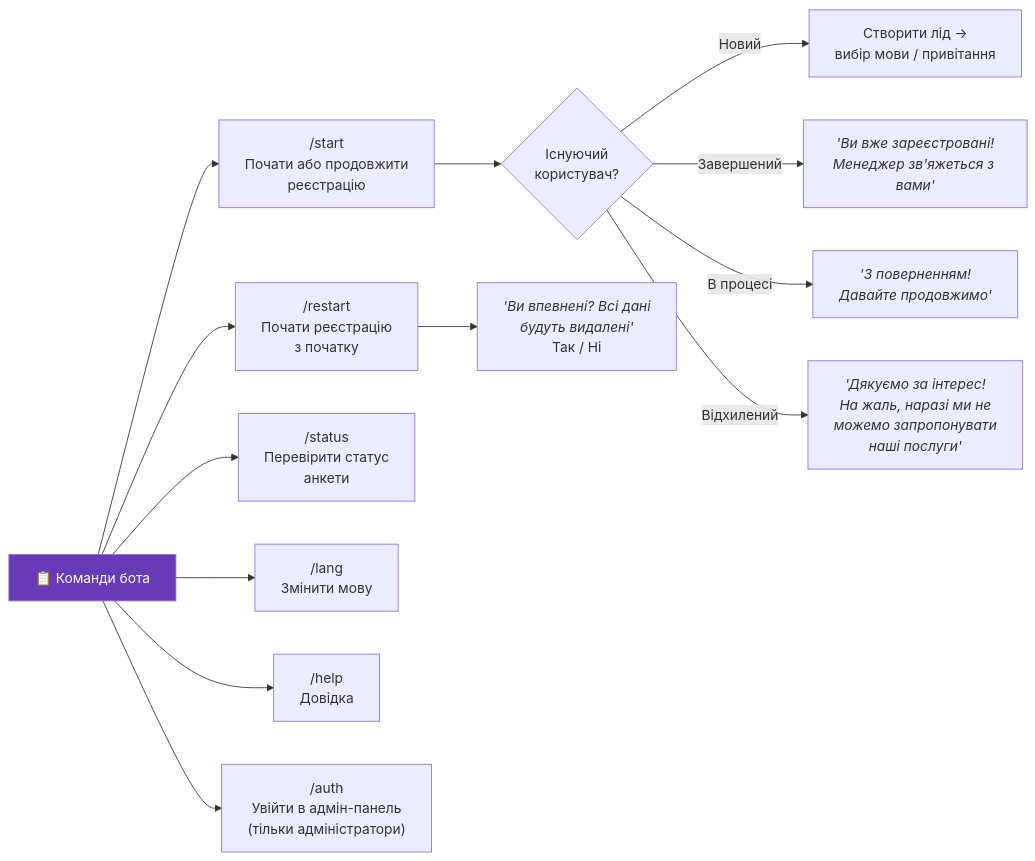
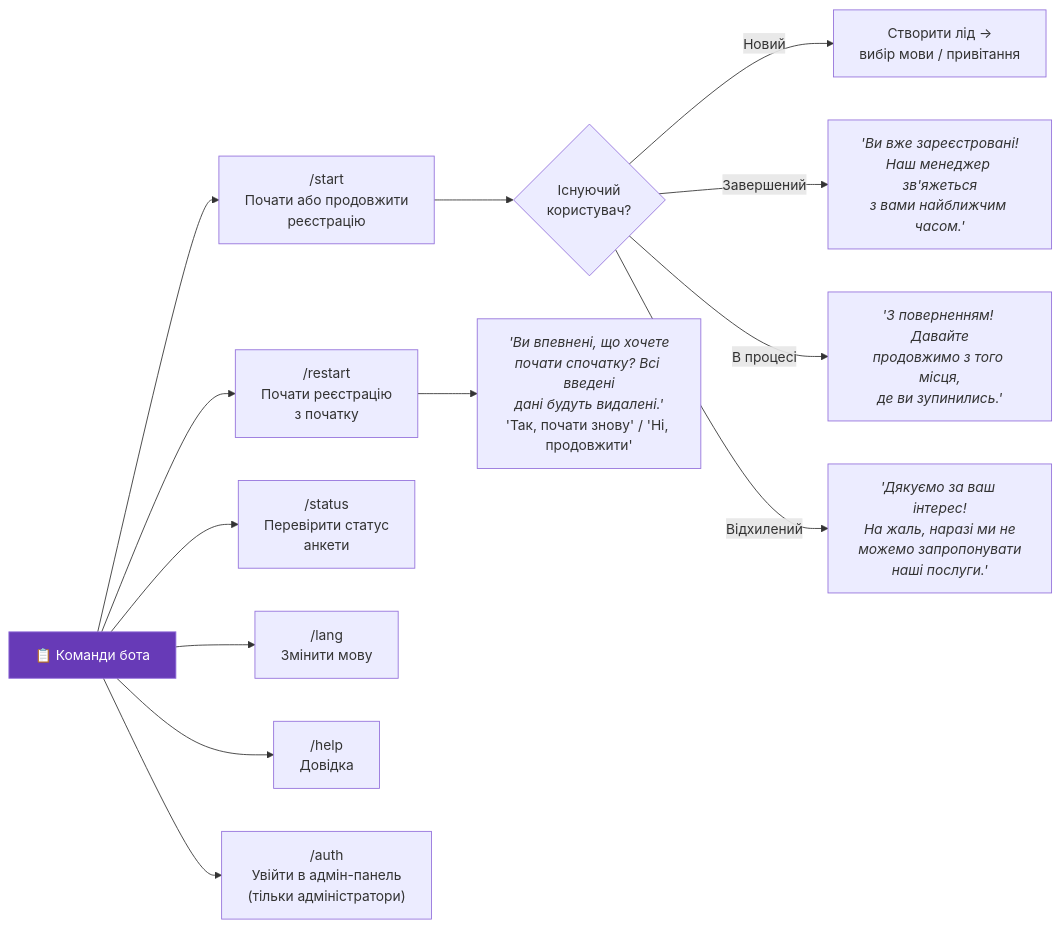
Before and after one commit to sergeytkachenko/tbot: the sixth of 9 diagrams in README.md, drawn with Mermaid. The commit also changed other lines of this file, not shown here.

````diff
--- a/README.md
+++ b/README.md
@@ -196,21 +201,21 @@
 ```mermaid
 flowchart LR
     COMMANDS["📋 Команди бота"]
 
     COMMANDS --> CMD1["/start<br/>Почати або продовжити<br/>реєстрацію"]
     COMMANDS --> CMD2["/restart<br/>Почати реєстрацію<br/>з початку"]
     COMMANDS --> CMD3["/status<br/>Перевірити статус<br/>анкети"]
     COMMANDS --> CMD4["/lang<br/>Змінити мову"]
     COMMANDS --> CMD5["/help<br/>Довідка"]
     COMMANDS --> CMD6["/auth<br/>Увійти в адмін-панель<br/>(тільки адміністратори)"]
 
     CMD1 --> START_LOGIC{"Існуючий<br/>користувач?"}
     START_LOGIC -- "Новий" --> CREATE["Створити лід →<br/>вибір мови / привітання"]
-    START_LOGIC -- "Завершений" --> MSG1["<i>'Ви вже зареєстровані!<br/>Менеджер зв'яжеться з вами'</i>"]
-    START_LOGIC -- "В процесі" --> MSG2["<i>'З поверненням!<br/>Давайте продовжимо'</i>"]
-    START_LOGIC -- "Відхилений" --> MSG3["<i>'Дякуємо за інтерес!<br/>На жаль, наразі ми не<br/>можемо запропонувати<br/>наші послуги'</i>"]
+    START_LOGIC -- "Завершений" --> MSG1["<i>'Ви вже зареєстровані!<br/>Наш менеджер зв'яжеться<br/>з вами найближчим часом.'</i>"]
+    START_LOGIC -- "В процесі" --> MSG2["<i>'З поверненням! Давайте<br/>продовжимо з того місця,<br/>де ви зупинились.'</i>"]
+    START_LOGIC -- "Відхилений" --> MSG3["<i>'Дякуємо за ваш інтерес!<br/>На жаль, наразі ми не<br/>можемо запропонувати<br/>наші послуги.'</i>"]
 
-    CMD2 --> RESTART_CONFIRM["<i>'Ви впевнені? Всі дані<br/>будуть видалені'</i><br/>Так / Ні"]
+    CMD2 --> RESTART_CONFIRM["<i>'Ви впевнені, що хочете<br/>почати спочатку? Всі введені<br/>дані будуть видалені.'</i><br/>'Так, почати знову' / 'Ні, продовжити'"]
 
     style COMMANDS fill:#673AB7,color:#fff
 ```
````
